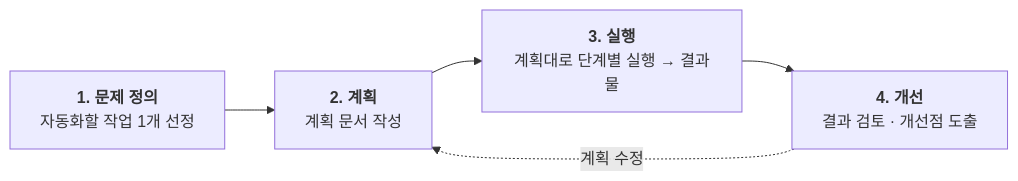
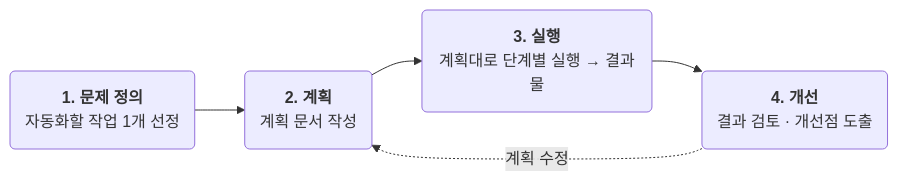
Before and after one commit to scroogy-dev/ai-onboarding: the second of 2 diagrams in slides/slides.md, drawn with Mermaid. The commit also changed other lines of this file and 3 other files, not shown here.

````diff
--- a/slides/slides.md
+++ b/slides/slides.md
@@ -272,9 +333,9 @@
 ```mermaid
 flowchart LR
-    A["<b>1. 문제 정의</b><br/>자동화할 작업 1개 선정"]
-    B["<b>2. 계획</b><br/>계획 문서 작성"]
-    C["<b>3. 실행</b><br/>계획대로 단계별 실행 → 결과물"]
-    D["<b>4. 개선</b><br/>결과 검토 · 개선점 도출"]
+    A("<b>1. 문제 정의</b><br/>자동화할 작업 1개 선정")
+    B("<b>2. 계획</b><br/>계획 문서 작성")
+    C("<b>3. 실행</b><br/>계획대로 단계별 실행 → 결과물")
+    D("<b>4. 개선</b><br/>결과 검토 · 개선점 도출")
     A --> B --> C --> D
     D -.->|계획 수정| B
 ```
````
